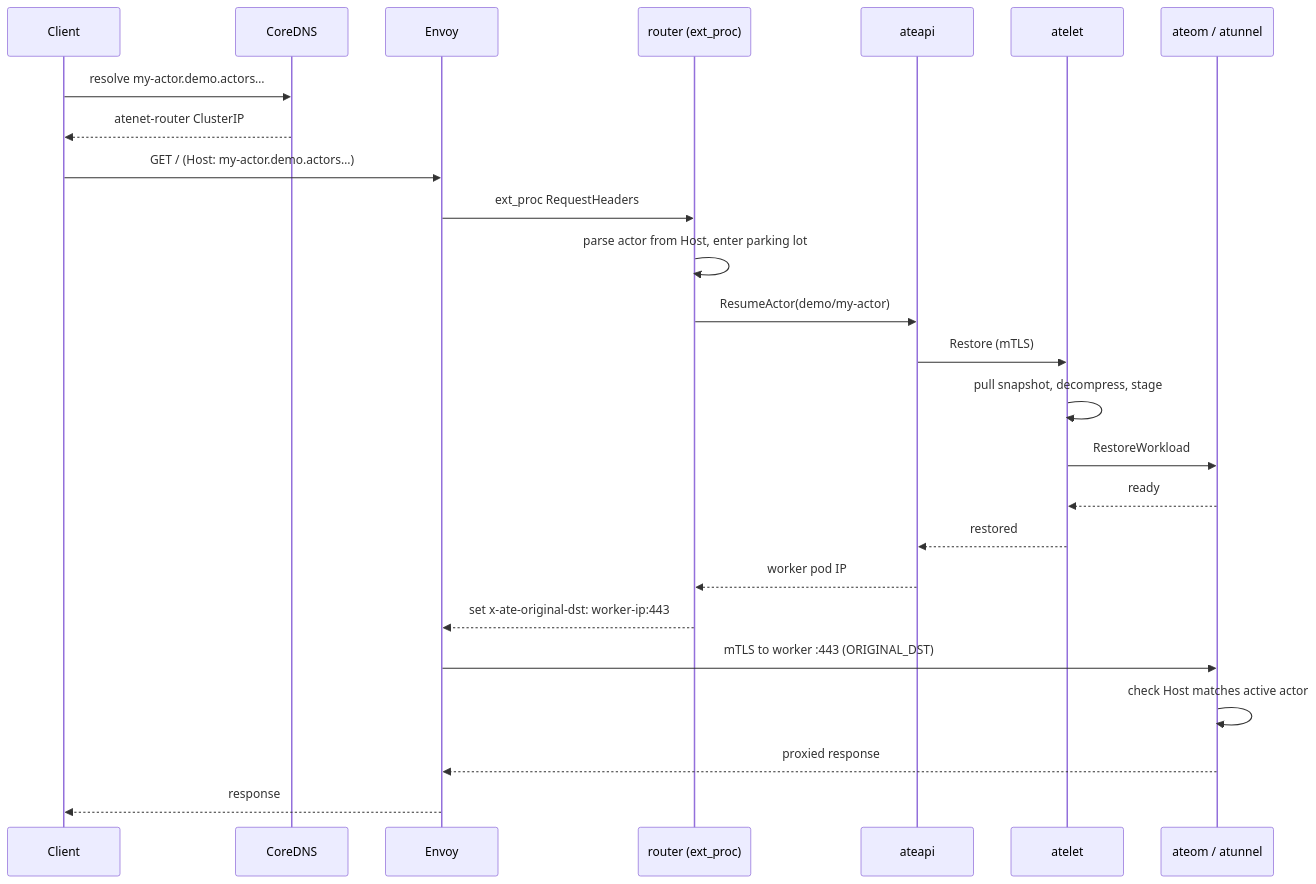
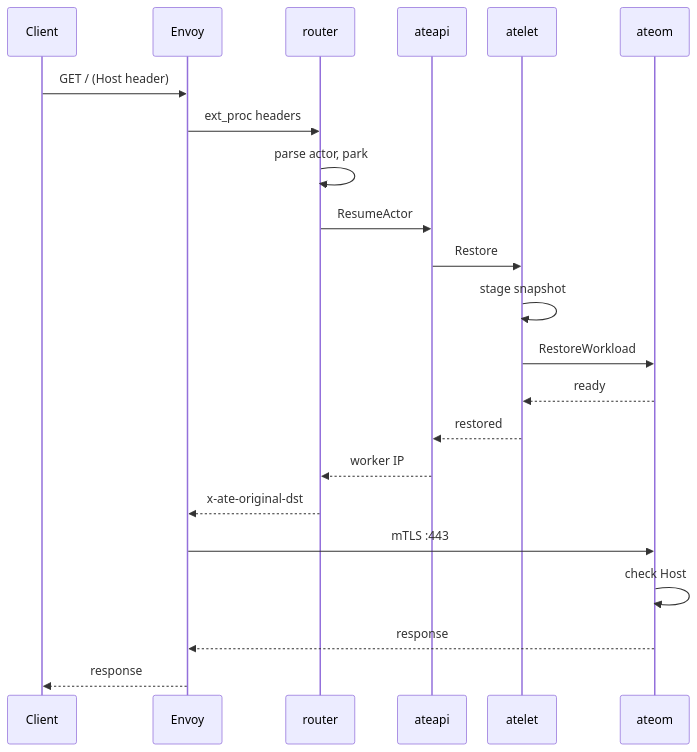
Before and after one commit to omeryahud/substrate: the fourth of 4 diagrams in docs/internals.md, drawn with Mermaid. The commit also changed other lines of this file, not shown here.

Commit message:
docs: make internals diagrams fit GitHub's content width
The request-path sequence diagram rendered at 1723px intrinsic width
and the component map at 1607px, against a GitHub markdown column of
roughly 900px. Both were scaled to about half size on desktop and a
quarter on mobile, which made the labels unreadable. Neither was a
syntax error -- both parse cleanly on mermaid 10.9.8 and 11.16, in
strict and loose security levels.

Request path: dropped the CoreDNS lane (DNS is cached with a 60s TTL
and is not usually on the hot path; the prose still covers it as step
1), shortened the message labels, and added a sequence init directive
tightening actorMargin and width. 1723px -> 947px with all six
remaining participants kept.

Component map: replaced the two long dotted edges that crossed the
whole diagram with vertical stacking inside the ate-system subgraph,
and set an explicit direction on each subgraph. 1607px -> 459px, and
the vertical flow now follows the request path top to bottom.

Widths verified by rendering each diagram to SVG through mermaid-cli
in Chromium and reading the intrinsic viewBox.

````diff
--- a/docs/internals.md
+++ b/docs/internals.md
@@ -676,28 +680,26 @@
 ```mermaid
+%%{init: {"sequence": {"actorMargin": 28, "width": 92, "boxMargin": 6, "messageFontSize": 12}}}%%
 sequenceDiagram
     participant C as Client
-    participant D as CoreDNS
     participant E as Envoy
-    participant R as router (ext_proc)
+    participant R as router
     participant A as ateapi
     participant L as atelet
-    participant T as ateom / atunnel
+    participant O as ateom
 
-    C->>D: resolve my-actor.demo.actors…
-    D-->>C: atenet-router ClusterIP
-    C->>E: GET / (Host: my-actor.demo.actors…)
-    E->>R: ext_proc RequestHeaders
-    R->>R: parse actor from Host, enter parking lot
-    R->>A: ResumeActor(demo/my-actor)
-    A->>L: Restore (mTLS)
-    L->>L: pull snapshot, decompress, stage
-    L->>T: RestoreWorkload
-    T-->>L: ready
+    C->>E: GET / (Host header)
+    E->>R: ext_proc headers
+    R->>R: parse actor, park
+    R->>A: ResumeActor
+    A->>L: Restore
+    L->>L: stage snapshot
+    L->>O: RestoreWorkload
+    O-->>L: ready
     L-->>A: restored
-    A-->>R: worker pod IP
-    R-->>E: set x-ate-original-dst: worker-ip:443
-    E->>T: mTLS to worker :443 (ORIGINAL_DST)
-    T->>T: check Host matches active actor
-    T-->>E: proxied response
+    A-->>R: worker IP
+    R-->>E: x-ate-original-dst
+    E->>O: mTLS :443
+    O->>O: check Host
+    O-->>E: response
     E-->>C: response
 ```
````
